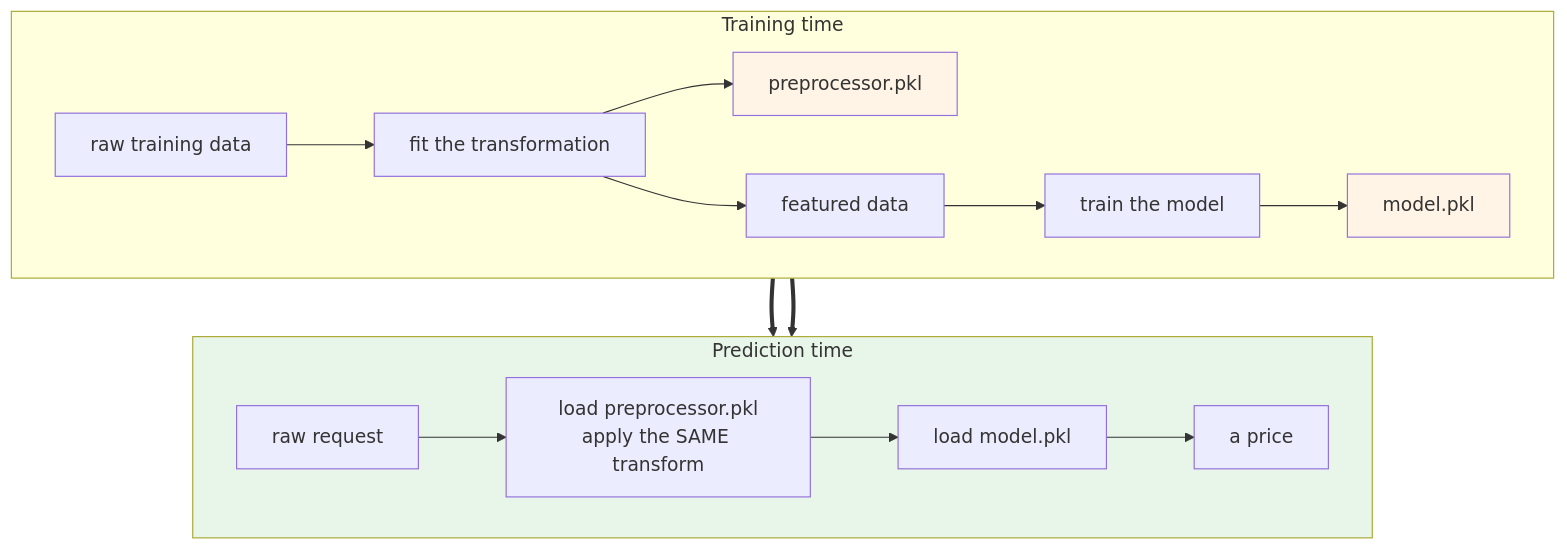
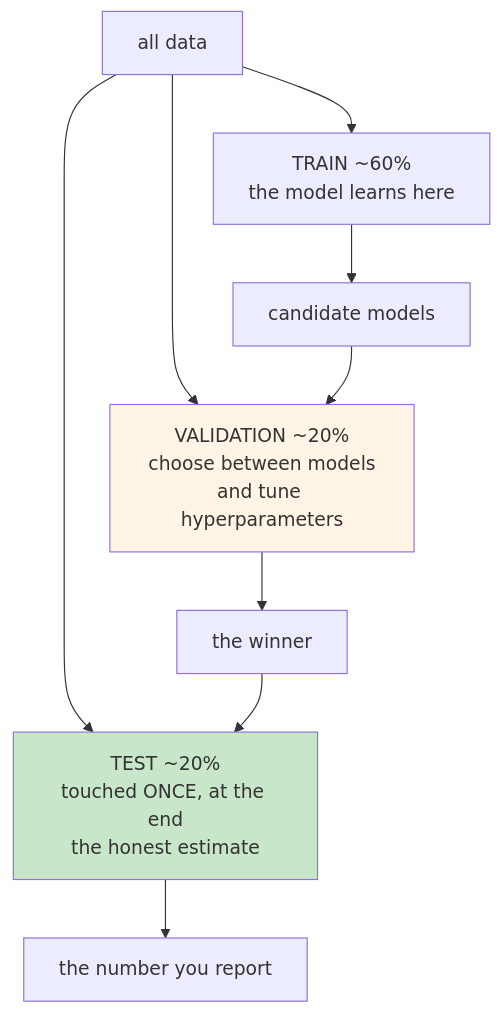
The fourth of 8 diagrams in site/docs/m3-data-to-model/lesson.mdx (schoolofdevops/402-mlops-site), drawn with Mermaid before and after one commit. The commit also changed other lines of this file, not shown here.

````diff
--- a/site/docs/m3-data-to-model/lesson.mdx
+++ b/site/docs/m3-data-to-model/lesson.mdx
@@ -179,25 +186,15 @@
 ```mermaid
 flowchart TB
-    subgraph TRAIN["Training time"]
-        direction LR
-        TR1["raw training data"] --> TR2["fit the transformation"]
-        TR2 --> TR3["preprocessor.pkl"]
-        TR2 --> TR4["featured data"]
-        TR4 --> TR5["train the model"]
-        TR5 --> TR6["model.pkl"]
-    end
+    D["all data"] --> TR["TRAIN ~60%<br/>the model learns here"]
+    D --> VA["VALIDATION ~20%<br/>choose between models<br/>and tune hyperparameters"]
+    D --> TE["TEST ~20%<br/>touched ONCE, at the end<br/>the honest estimate"]
 
-    subgraph INFER["Prediction time"]
-        direction LR
-        IN1["raw request"] --> IN2["load preprocessor.pkl<br/>apply the SAME transform"]
-        IN2 --> IN3["load model.pkl"]
-        IN3 --> IN4["a price"]
-    end
+    TR --> M["candidate models"]
+    M --> VA
+    VA --> B["the winner"]
+    B --> TE
+    TE --> S["the number you report"]
 
-    TR3 ==> IN2
-    TR6 ==> IN3
-
-    style TR3 fill:#fff4e5
-    style TR6 fill:#fff4e5
-    style INFER fill:#e8f5e9
+    style VA fill:#fff4e5
+    style TE fill:#c8e6c9
 ```
````
